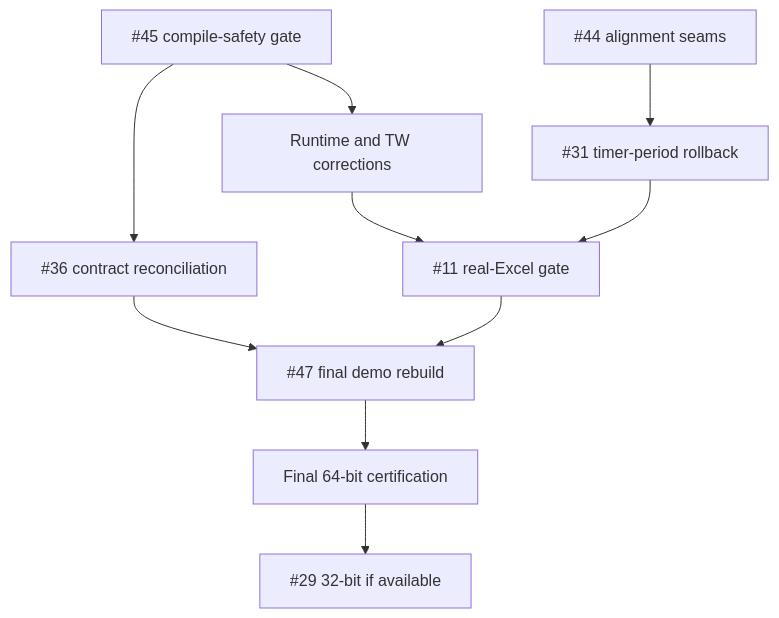
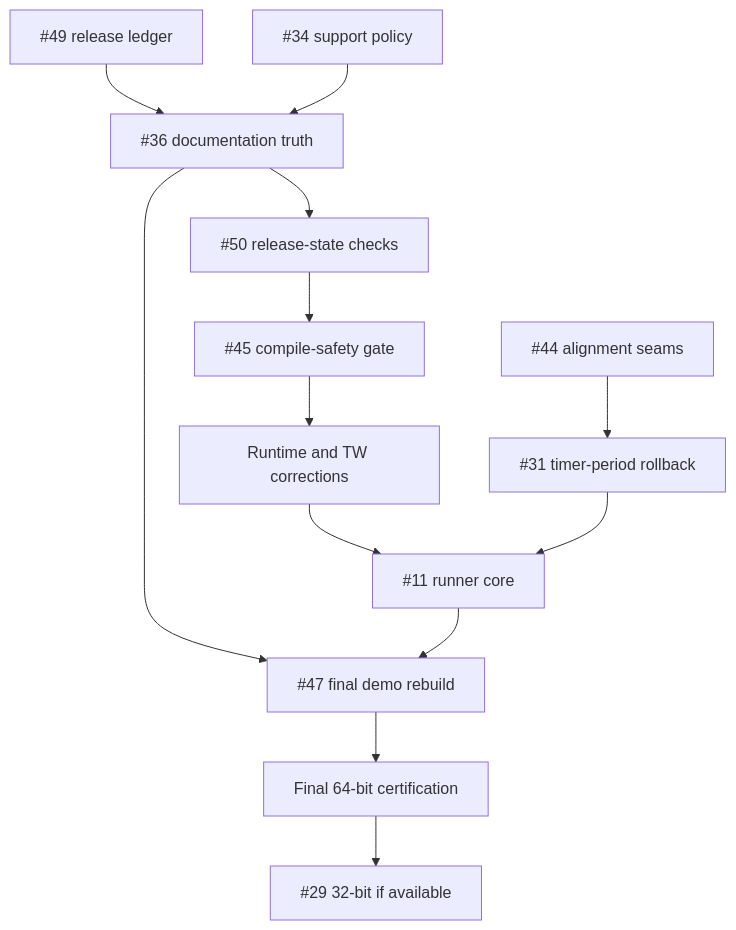
The diagram in docs/V1.4.1_IMPLEMENTATION_PLAN.md (danielep71/VBA-PERFORMANCE_MANAGER), drawn with Mermaid before and after one commit. The commit also changed other lines of this file, not shown here.

Commit message:
docs(plan): reconcile v1.4.1 release-truth work

````diff
--- a/docs/V1.4.1_IMPLEMENTATION_PLAN.md
+++ b/docs/V1.4.1_IMPLEMENTATION_PLAN.md
@@ -72,12 +76,15 @@
 ```mermaid
 flowchart TD
-    A["#45 compile-safety gate"] --> B["#36 contract reconciliation"]
-    A --> C["Runtime and TW corrections"]
-    D["#44 alignment seams"] --> E["#31 timer-period rollback"]
-    C --> F["#11 real-Excel gate"]
-    E --> F
-    B --> G["#47 final demo rebuild"]
-    F --> G
-    G --> H["Final 64-bit certification"]
-    H --> I["#29 32-bit if available"]
+    A["#49 release ledger"] --> B["#36 documentation truth"]
+    J["#34 support policy"] --> B
+    B --> C["#50 release-state checks"]
+    C --> D["#45 compile-safety gate"]
+    D --> E["Runtime and TW corrections"]
+    F["#44 alignment seams"] --> G["#31 timer-period rollback"]
+    E --> H["#11 runner core"]
+    G --> H
+    B --> I["#47 final demo rebuild"]
+    H --> I
+    I --> K["Final 64-bit certification"]
+    K --> L["#29 32-bit if available"]
 ```
````
